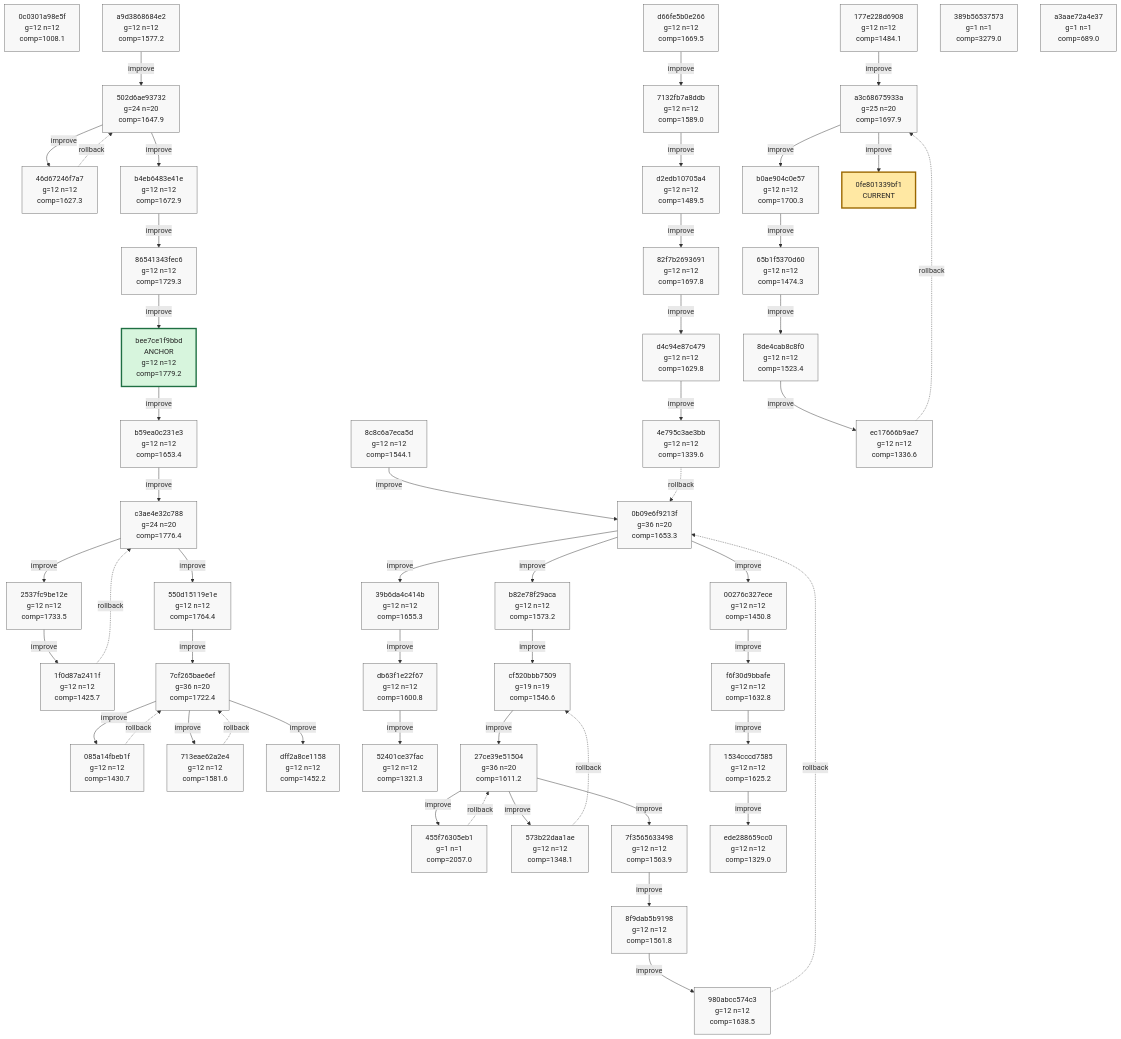
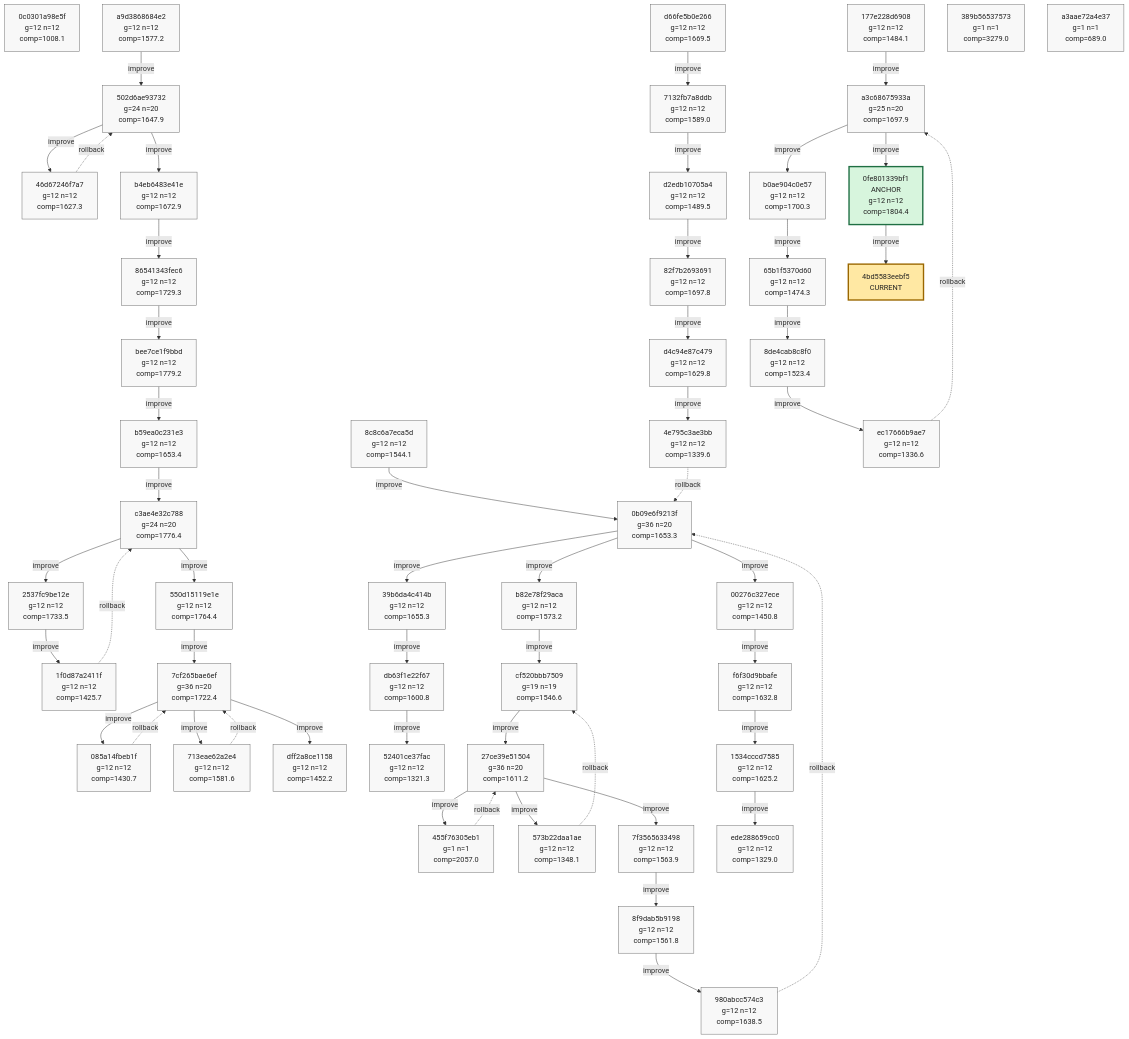
Before and after one commit to azumag/soviet_now: the tenth of 10 diagrams in phyrogenetic-tree.md, drawn with Mermaid. The commit also changed other lines of this file and 2 other files, not shown here.

Commit message:
eloop Improve after 12 games (scores: 1850 1309 1593 1712 1719 1921 2972 2554 2966 1870 1232 3546)

````diff
--- a/phyrogenetic-tree.md
+++ b/phyrogenetic-tree.md
@@ -2544,7 +2544,7 @@
     h_46d67246f7a7["46d67246f7a7<br/>g=12 n=12<br/>comp=1627.3"]
     h_b4eb6483e41e["b4eb6483e41e<br/>g=12 n=12<br/>comp=1672.9"]
     h_86541343fec6["86541343fec6<br/>g=12 n=12<br/>comp=1729.3"]
-    h_bee7ce1f9bbd["bee7ce1f9bbd<br/>ANCHOR<br/>g=12 n=12<br/>comp=1779.2"]
+    h_bee7ce1f9bbd["bee7ce1f9bbd<br/>g=12 n=12<br/>comp=1779.2"]
     h_b59ea0c231e3["b59ea0c231e3<br/>g=12 n=12<br/>comp=1653.4"]
     h_c3ae4e32c788["c3ae4e32c788<br/>g=24 n=20<br/>comp=1776.4"]
     h_2537fc9be12e["2537fc9be12e<br/>g=12 n=12<br/>comp=1733.5"]
@@ -2583,9 +2583,10 @@
     h_65b1f5370d60["65b1f5370d60<br/>g=12 n=12<br/>comp=1474.3"]
     h_8de4cab8c8f0["8de4cab8c8f0<br/>g=12 n=12<br/>comp=1523.4"]
     h_ec17666b9ae7["ec17666b9ae7<br/>g=12 n=12<br/>comp=1336.6"]
+    h_0fe801339bf1["0fe801339bf1<br/>ANCHOR<br/>g=12 n=12<br/>comp=1804.4"]
     h_389b56537573["389b56537573<br/>g=1 n=1<br/>comp=3279.0"]
     h_a3aae72a4e37["a3aae72a4e37<br/>g=1 n=1<br/>comp=689.0"]
-    h_0fe801339bf1["0fe801339bf1<br/>CURRENT"]
+    h_4bd5583eebf5["4bd5583eebf5<br/>CURRENT"]
 
     h_a9d3868684e2 -->|improve| h_502d6ae93732
     h_502d6ae93732 -->|improve| h_46d67246f7a7
@@ -2637,6 +2638,7 @@
     h_8de4cab8c8f0 -->|improve| h_ec17666b9ae7
     h_ec17666b9ae7 -. rollback .-> h_a3c68675933a
     h_a3c68675933a -->|improve| h_0fe801339bf1
+    h_0fe801339bf1 -->|improve| h_4bd5583eebf5
 
     classDef plain fill:#f8f8f8,stroke:#666,stroke-width:1px,color:#222;
     classDef current fill:#ffe8a3,stroke:#9a6700,stroke-width:3px,color:#222;
@@ -2649,7 +2651,7 @@
     class h_46d67246f7a7 plain;
     class h_b4eb6483e41e plain;
     class h_86541343fec6 plain;
-    class h_bee7ce1f9bbd anchor;
+    class h_bee7ce1f9bbd plain;
     class h_b59ea0c231e3 plain;
     class h_c3ae4e32c788 plain;
     class h_2537fc9be12e plain;
@@ -2688,7 +2690,8 @@
     class h_65b1f5370d60 plain;
     class h_8de4cab8c8f0 plain;
     class h_ec17666b9ae7 plain;
+    class h_0fe801339bf1 anchor;
     class h_389b56537573 plain;
     class h_a3aae72a4e37 plain;
-    class h_0fe801339bf1 current;
+    class h_4bd5583eebf5 current;
 ```
````
